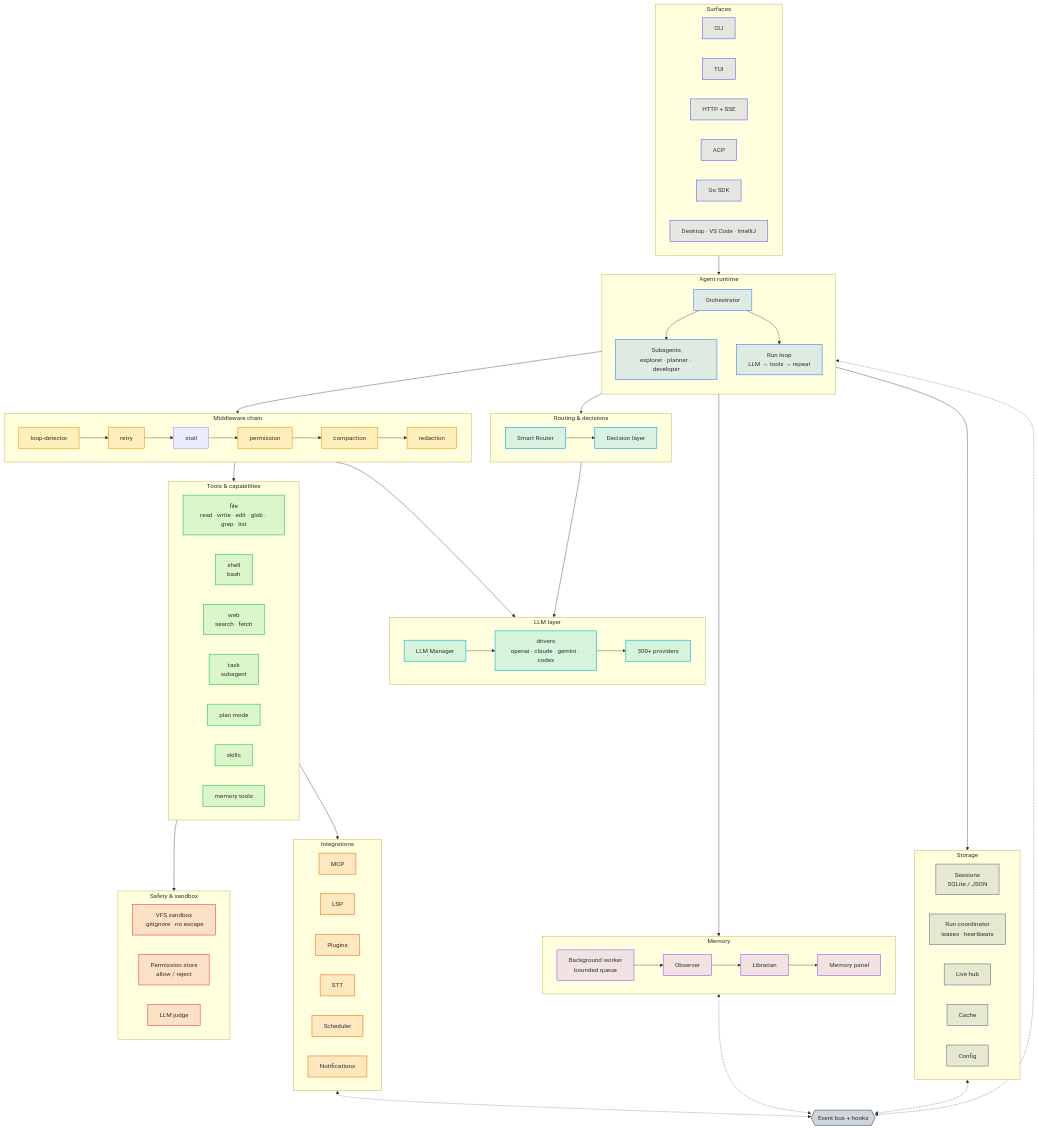
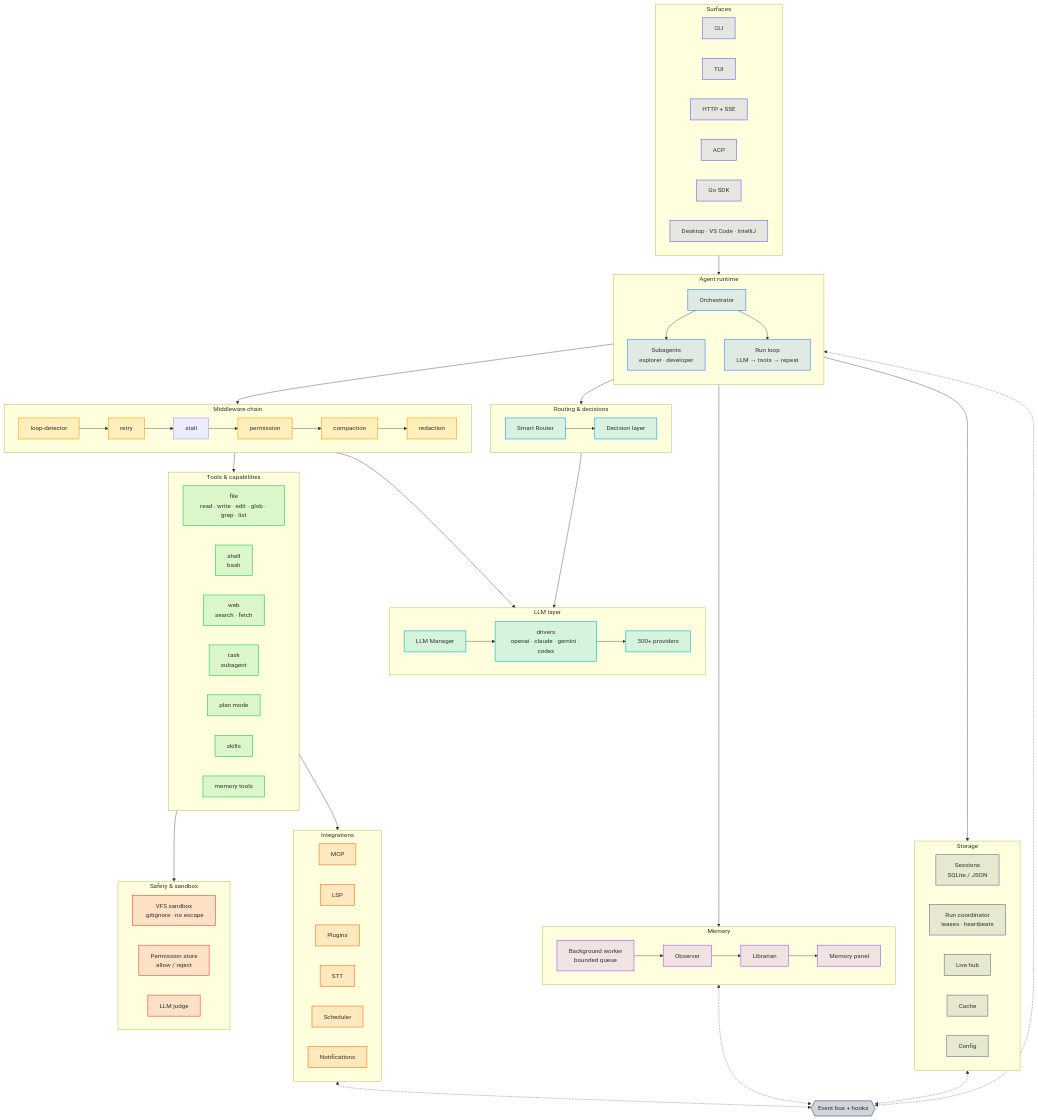
One commit to peggco/pegg changed the first of 12 diagrams in docs/pegg/architecture.md. Above: the diagram before and after it, drawn with Mermaid. The commit also changed other lines of this file and 25 other files, not shown here.

```diff
--- a/docs/pegg/architecture.md
+++ b/docs/pegg/architecture.md
@@ -47,7 +47,7 @@
     subgraph RT["Agent runtime"]
         direction TB
         ORCH["Orchestrator"]
-        SUB["Subagents<br/>explorer · planner · developer"]
+        SUB["Subagents<br/>explorer · developer"]
         LOOP["Run loop<br/>LLM → tools → repeat"]
         ORCH --> SUB
         ORCH --> LOOP
```
